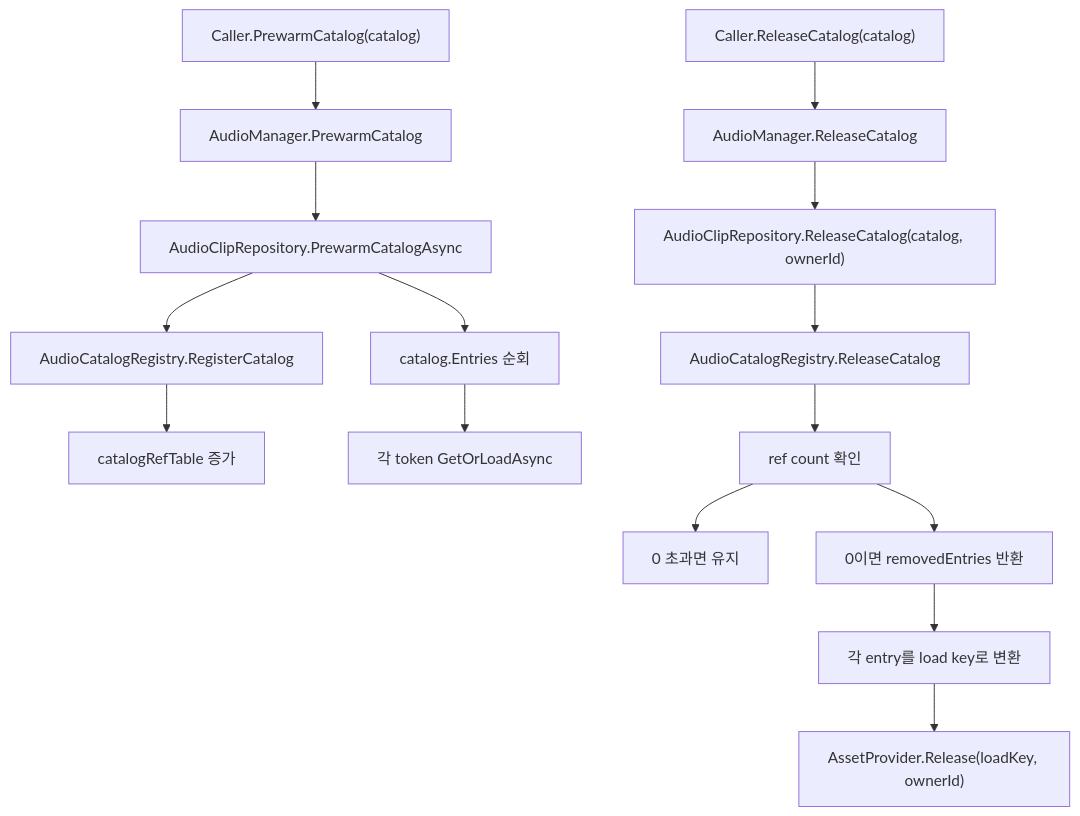
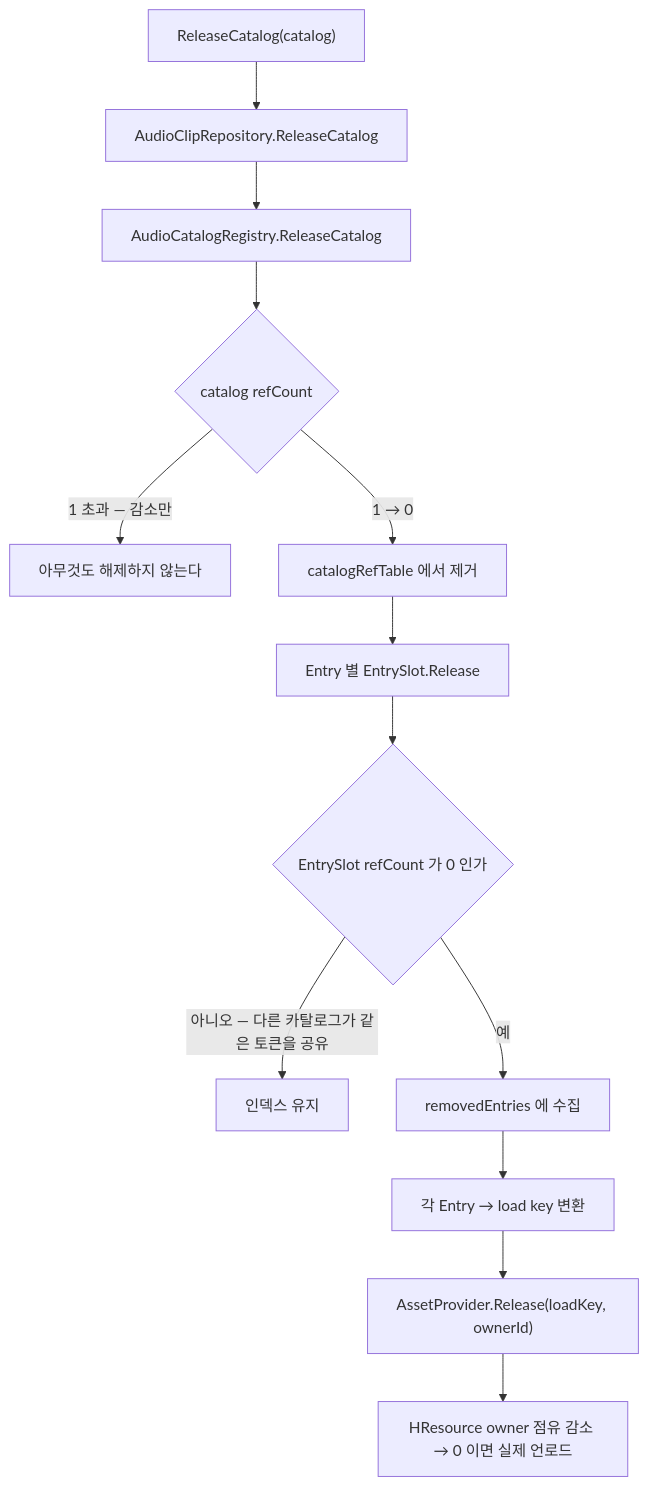
One commit to HoHong123/HCUP-Unity changed the fifth of 9 diagrams in HAudio/Runtime/README.md. Above: the diagram before and after it, drawn with Mermaid. The commit also changed other lines of this file and 22 other files, not shown here.

````diff
--- a/HAudio/Runtime/README.md
+++ b/HAudio/Runtime/README.md
@@ -100,18 +238,15 @@
 ```mermaid
 flowchart TD
-    A["Caller.PrewarmCatalog(catalog)"] --> B["AudioManager.PrewarmCatalog"]
-    B --> C["AudioClipRepository.PrewarmCatalogAsync"]
-    C --> D["AudioCatalogRegistry.RegisterCatalog"]
-    D --> E["catalogRefTable 증가"]
-    C --> F["catalog.Entries 순회"]
-    F --> G["각 token GetOrLoadAsync"]
-
-    H["Caller.ReleaseCatalog(catalog)"] --> I["AudioManager.ReleaseCatalog"]
-    I --> J["AudioClipRepository.ReleaseCatalog(catalog, ownerId)"]
-    J --> K["AudioCatalogRegistry.ReleaseCatalog"]
-    K --> L["ref count 확인"]
-    L --> M["0 초과면 유지"]
-    L --> N["0이면 removedEntries 반환"]
-    N --> O["각 entry를 load key로 변환"]
-    O --> P["AssetProvider.Release(loadKey, ownerId)"]
+    A["ReleaseCatalog(catalog)"] --> B["AudioClipRepository.ReleaseCatalog"]
+    B --> C["AudioCatalogRegistry.ReleaseCatalog"]
+    C --> D{"catalog refCount"}
+    D -->|"1 초과 — 감소만"| E["아무것도 해제하지 않는다"]
+    D -->|"1 → 0"| F["catalogRefTable 에서 제거"]
+    F --> G["Entry 별 EntrySlot.Release"]
+    G --> H{"EntrySlot refCount 가 0 인가"}
+    H -->|"아니오 — 다른 카탈로그가 같은 토큰을 공유"| I["인덱스 유지"]
+    H -->|예| J["removedEntries 에 수집"]
+    J --> K["각 Entry → load key 변환"]
+    K --> L["AssetProvider.Release(loadKey, ownerId)"]
+    L --> M["HResource owner 점유 감소 → 0 이면 실제 언로드"]
 ```
````
